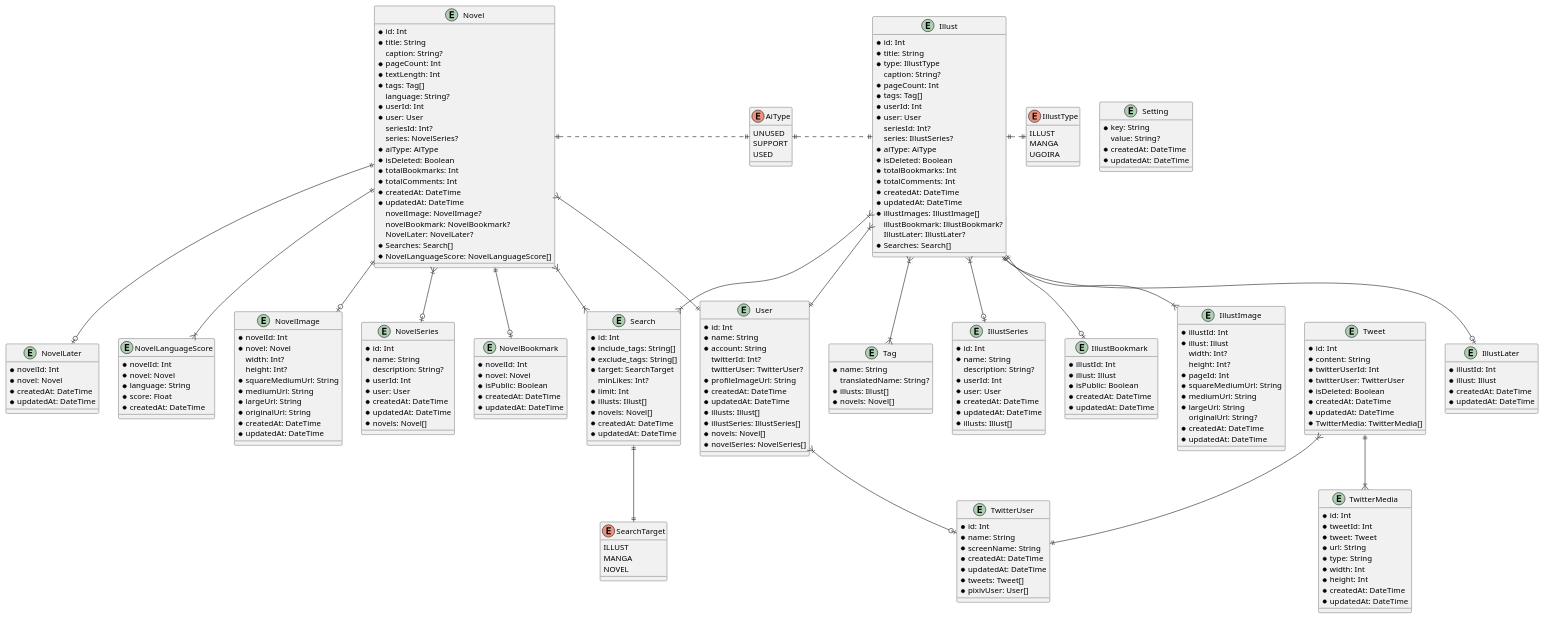
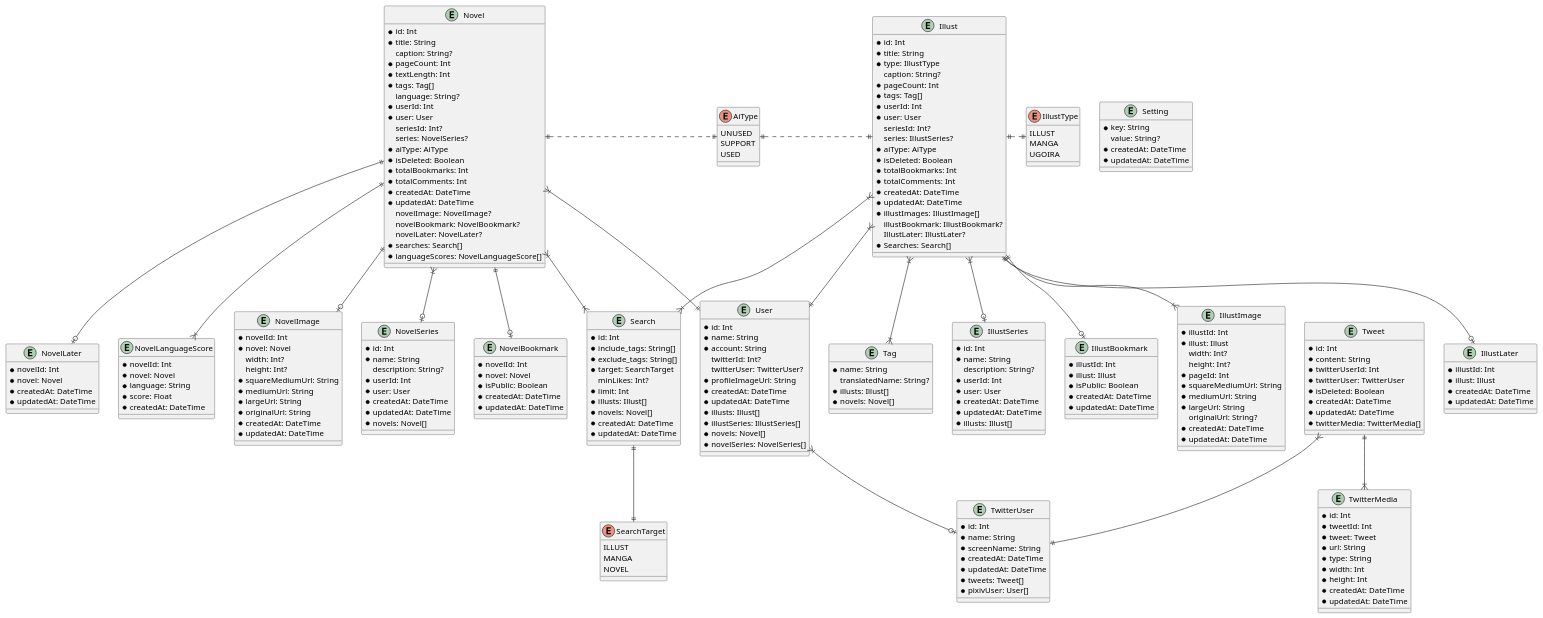
One commit to tomacheese/my-pixiv changed the diagram in packages/db/prisma/schema.pu. Above: the diagram before and after it, drawn with PlantUML. The commit also changed 1 other file, not shown here.

Commit message:
fix(db-schema): upper-case keys

```diff
--- a/packages/db/prisma/schema.pu
+++ b/packages/db/prisma/schema.pu
@@ -101,9 +101,9 @@
   * updatedAt: DateTime
   novelImage: NovelImage?
   novelBookmark: NovelBookmark?
-  NovelLater: NovelLater?
-  * Searches: Search[]
-  * NovelLanguageScore: NovelLanguageScore[]
+  novelLater: NovelLater?
+  * searches: Search[]
+  * languageScores: NovelLanguageScore[]
 }
 
 entity NovelImage {
@@ -196,7 +196,7 @@
   * isDeleted: Boolean
   * createdAt: DateTime
   * updatedAt: DateTime
-  * TwitterMedia: TwitterMedia[]
+  * twitterMedia: TwitterMedia[]
 }
 
 entity TwitterUser {
```
